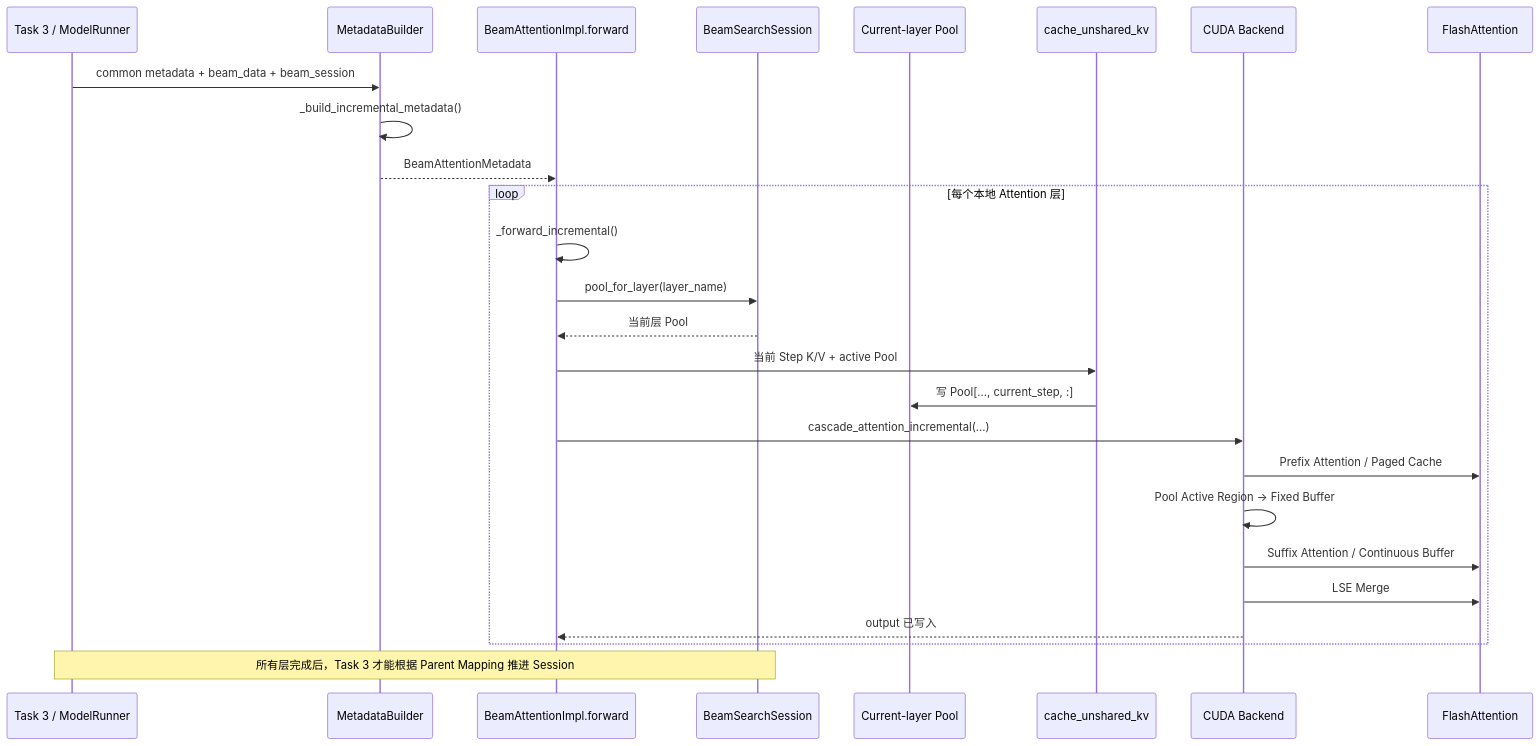
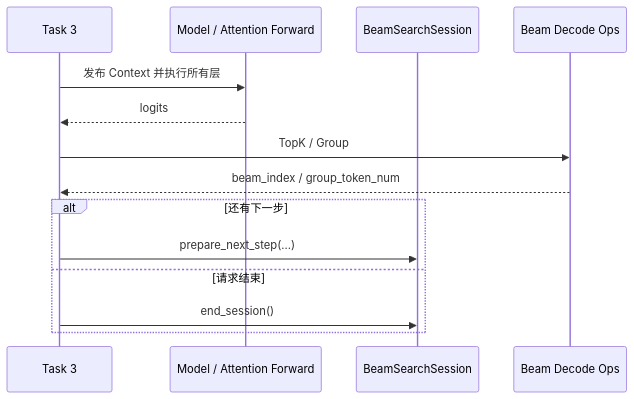
One commit to ZhiYunpenghuawei/p1 changed the second of 2 diagrams in [Task 2] 增量解码 Attention 计算路径.md. Above: the diagram before and after it, drawn with Mermaid. The commit also changed other lines of this file, not shown here.

Commit message:
Update [Task 2] 增量解码 Attention 计算路径.md

````diff
--- a/[Task 2] 增量解码 Attention 计算路径.md
+++ b/[Task 2] 增量解码 Attention 计算路径.md
@@ -244,31 +159,17 @@
 ```mermaid
 sequenceDiagram
-    participant T3 as Task 3 / ModelRunner
-    participant MB as MetadataBuilder
-    participant F as BeamAttentionImpl.forward
+    participant T3 as Task 3
+    participant F as Model / Attention Forward
     participant S as BeamSearchSession
-    participant P as Current-layer Pool
-    participant O as cache_unshared_kv
-    participant G as CUDA Backend
-    participant FA as FlashAttention
+    participant D as Beam Decode Ops
 
-    T3->>MB: common metadata + beam_data + beam_session
-    MB->>MB: _build_incremental_metadata()
-    MB-->>F: BeamAttentionMetadata
-
-    loop 每个本地 Attention 层
-        F->>F: _forward_incremental()
-        F->>S: pool_for_layer(layer_name)
-        S-->>F: 当前层 Pool
-        F->>O: 当前 Step K/V + active Pool
-        O->>P: 写 Pool[..., current_step, :]
-        F->>G: cascade_attention_incremental(...)
-        G->>FA: Prefix Attention / Paged Cache
-        G->>G: Pool Active Region -> Fixed Buffer
-        G->>FA: Suffix Attention / Continuous Buffer
-        G->>FA: LSE Merge
-        G-->>F: output 已写入
+    T3->>F: 发布 Context 并执行所有层
+    F-->>T3: logits
+    T3->>D: TopK / Group
+    D-->>T3: beam_index / group_token_num
+    alt 还有下一步
+        T3->>S: prepare_next_step(...)
+    else 请求结束
+        T3->>S: end_session()
     end
-
-    Note over T3,S: 所有层完成后，Task 3 才能根据 Parent Mapping 推进 Session
 ```
````
